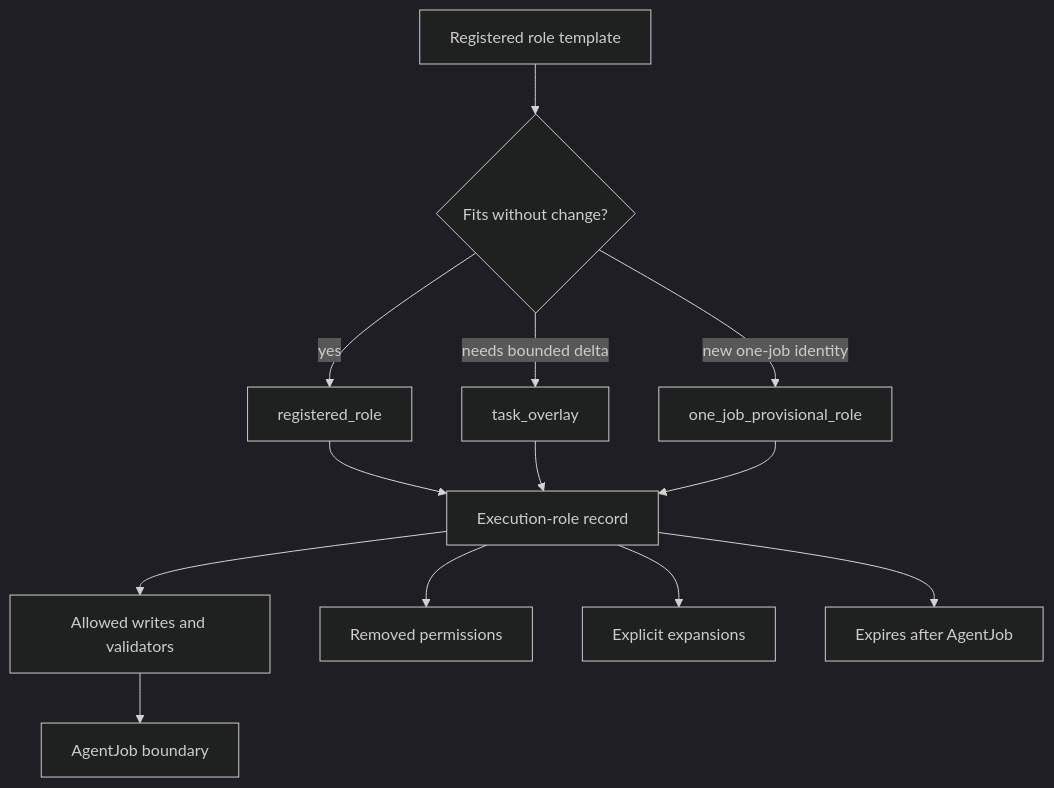
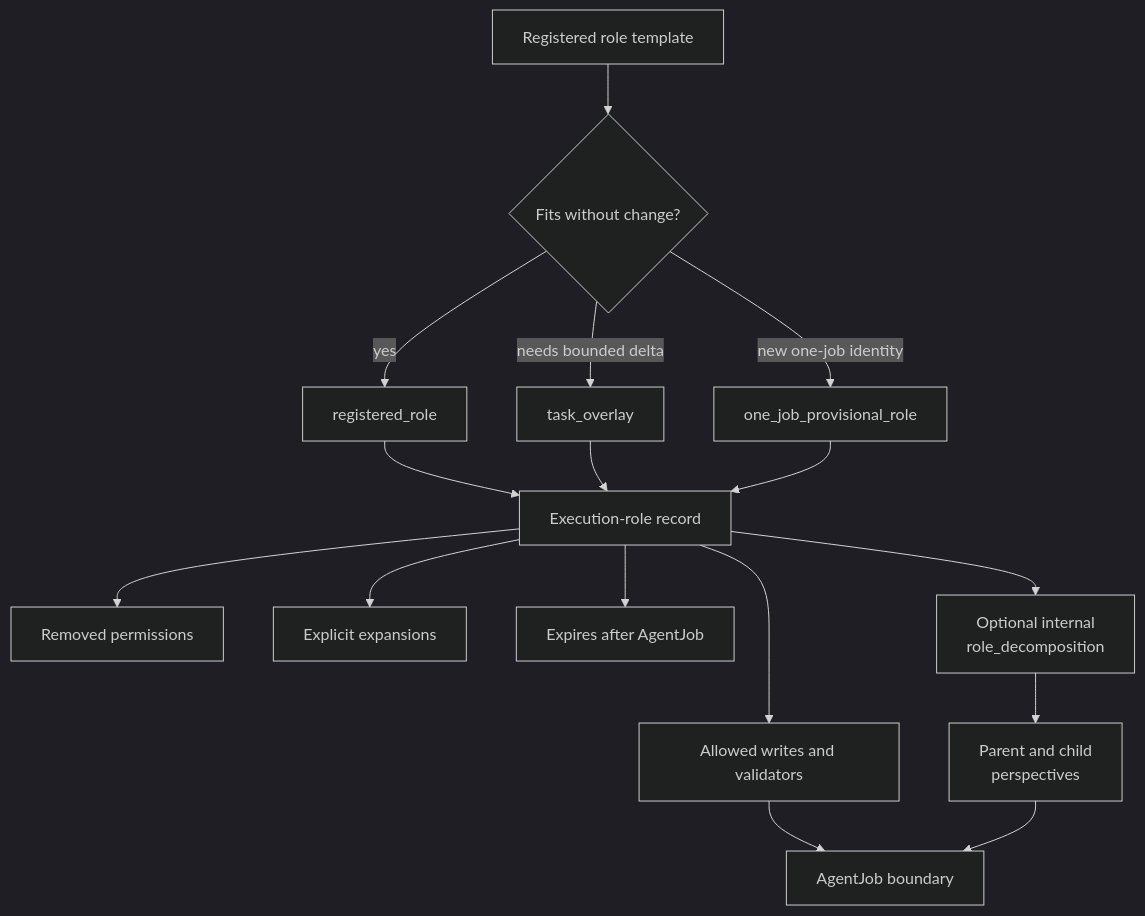
The second of 2 diagrams in github-facing/role-routing-explainer.md (AngryOwlAI/The-AEther-Flow), drawn with Mermaid (dark theme) before and after one commit. The commit also changed other lines of this file and 7 other files, not shown here.

Commit message:
Project system: parent-child research roles

````diff
--- a/github-facing/role-routing-explainer.md
+++ b/github-facing/role-routing-explainer.md
@@ -59,15 +59,18 @@
 ```mermaid
 flowchart TD
   Registered["Registered role template"] --> Fit{"Fits without change?"}
   Fit -->|"yes"| Direct["registered_role"]
   Fit -->|"needs bounded delta"| Overlay["task_overlay"]
   Fit -->|"new one-job identity"| Provisional["one_job_provisional_role"]
   Direct --> Execution["Execution-role record"]
   Overlay --> Execution
   Provisional --> Execution
   Execution --> Allowed["Allowed writes and validators"]
   Execution --> Removed["Removed permissions"]
   Execution --> Expanded["Explicit expansions"]
   Execution --> Expiry["Expires after AgentJob"]
+  Execution --> Decomp["Optional internal<br/>role_decomposition"]
+  Decomp --> Perspectives["Parent and child<br/>perspectives"]
   Allowed --> Job["AgentJob boundary"]
+  Perspectives --> Job
 ```
````
